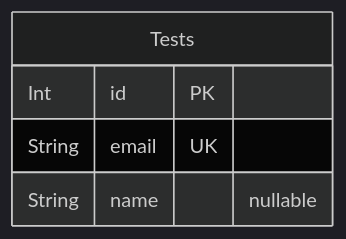
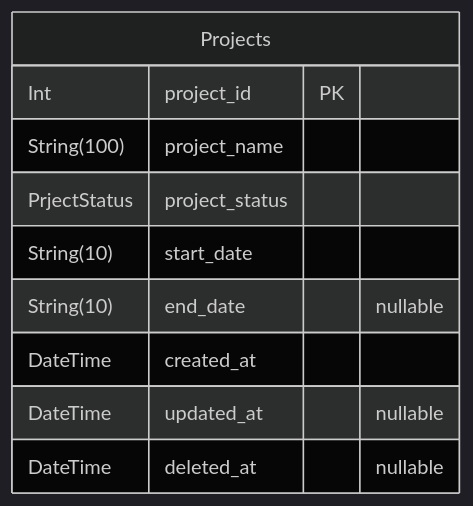
The first of 2 diagrams in prisma/ERD.md (723poil/nestjs-fastify-practice), drawn with Mermaid (dark theme) before and after one commit. The commit also changed other lines of this file and 13 other files, not shown here.

Commit message:
add DB ERD (incomplete)

````diff
--- a/prisma/ERD.md
+++ b/prisma/ERD.md
@@ -10,8 +10,13 @@
 ```mermaid
 erDiagram
-"Tests" {
-  Int id PK
-  String email UK
-  String name "nullable"
+"Projects" {
+  Int project_id PK
+  String(100) project_name
+  PrjectStatus project_status
+  String(10) start_date
+  String(10) end_date "nullable"
+  DateTime created_at
+  DateTime updated_at "nullable"
+  DateTime deleted_at "nullable"
 }
 ```
````
